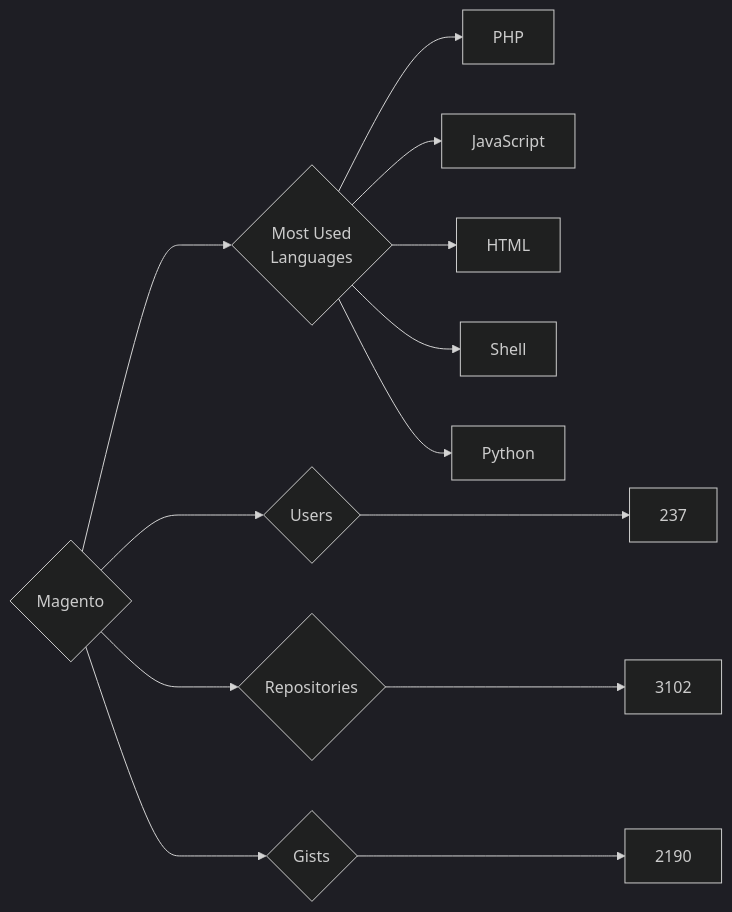
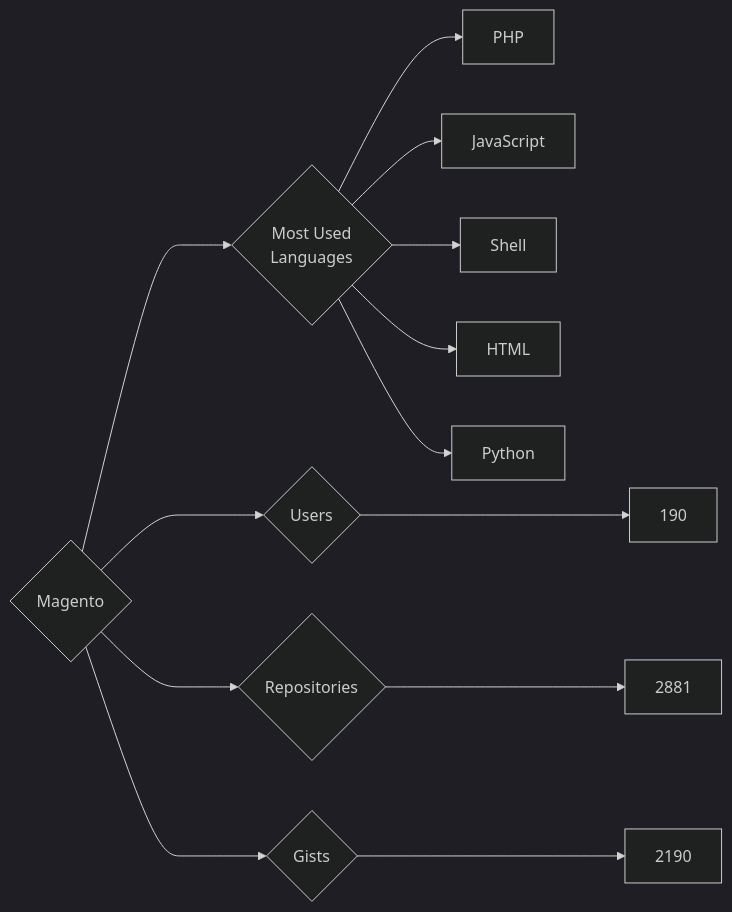
The diagram in targets/Magento/README.md (trickest/insiders), drawn with Mermaid (dark theme) before and after one commit. The commit also changed 775 other files, not shown here.

````diff
--- a/targets/Magento/README.md
+++ b/targets/Magento/README.md
@@ -3,13 +3,13 @@
 ```mermaid
 graph LR
 COMPANY_NAME{Magento}
-COMPANY_NAME ---> U{Users} ---> UN[237]
-COMPANY_NAME ---> R{Repositories} ---> RN[3102]
+COMPANY_NAME ---> U{Users} ---> UN[190]
+COMPANY_NAME ---> R{Repositories} ---> RN[2881]
 COMPANY_NAME ---> G{Gists} ---> GN[2190]
 COMPANY_NAME ---> ML{Most Used<br>Languages}
 ML --> PHP[PHP]
 ML --> JavaScript[JavaScript]
+ML --> Shell[Shell]
 ML --> HTML[HTML]
-ML --> Shell[Shell]
 ML --> Python[Python]
 ```
````
